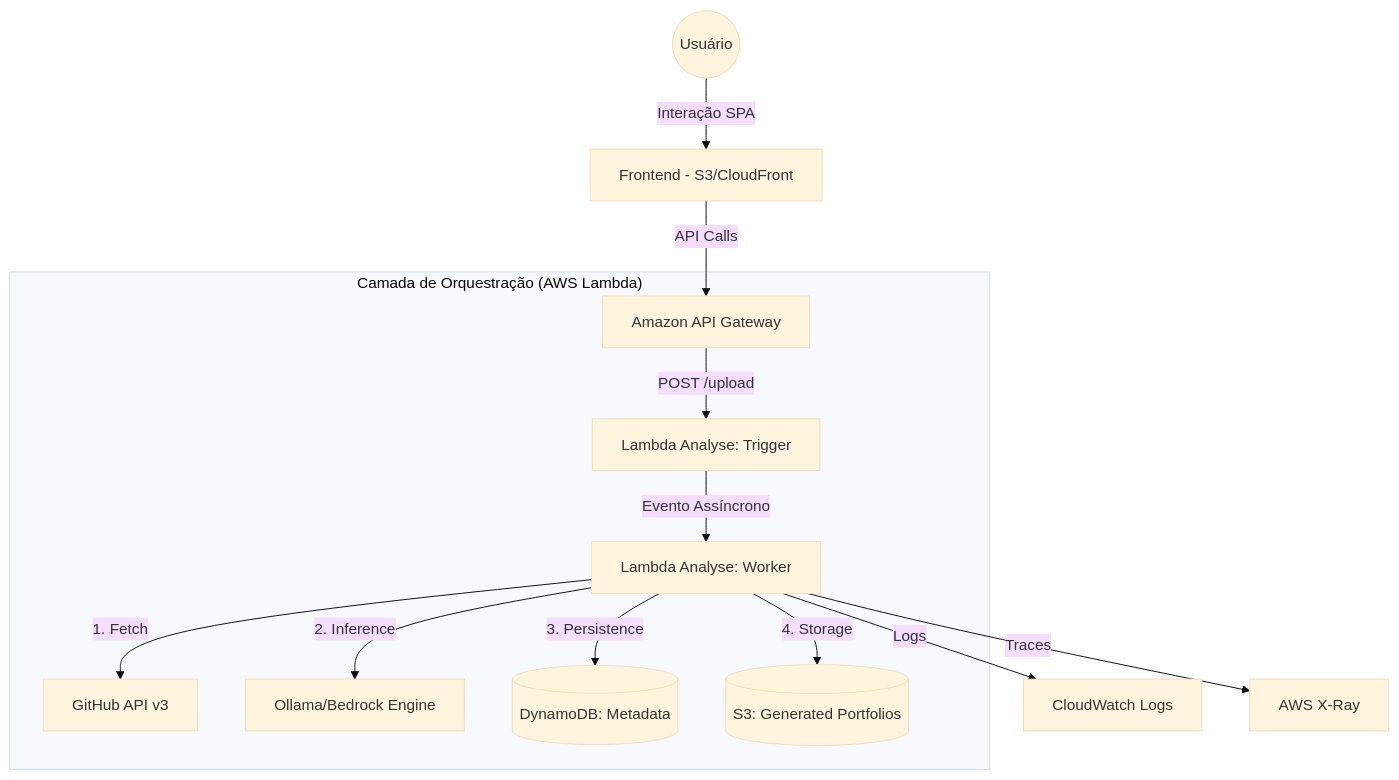
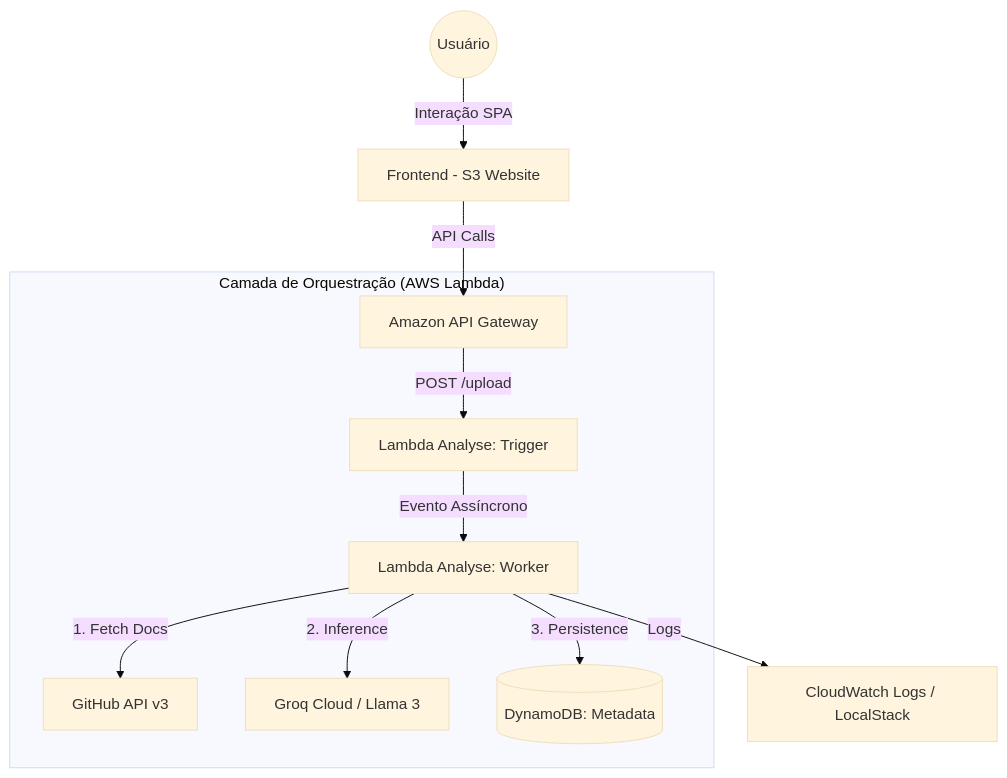
Before and after one commit to DessimA/genefic-cloudworks: the diagram in README.md, drawn with Mermaid (base theme). The commit also changed other lines of this file, not shown here.

First line of the commit message:
docs: update documentation to reflect Groq migration and DCA v2

````diff
--- a/README.md
+++ b/README.md
@@ -42,23 +41,21 @@
 ```mermaid
 graph TD
     %% Atores
-    User((Usuário)) -->|Interação SPA| WebUI[Frontend - S3/CloudFront]
+    User((Usuário)) -->|Interação SPA| WebUI[Frontend - S3 Website]
     
     %% Camada de API
     WebUI -->|API Calls| APIGW[Amazon API Gateway]
     
     subgraph "Camada de Orquestração (AWS Lambda)"
         APIGW -->|POST /upload| LambdaTrigger[Lambda Analyse: Trigger]
         LambdaTrigger -->|Evento Assíncrono| LambdaWorker[Lambda Analyse: Worker]
         
         %% Workflow do Worker
-        LambdaWorker -->|1. Fetch| GitHub[GitHub API v3]
-        LambdaWorker -->|2. Inference| AI[Ollama/Bedrock Engine]
+        LambdaWorker -->|1. Fetch Docs| GitHub[GitHub API v3]
+        LambdaWorker -->|2. Inference| AI[Groq Cloud / Llama 3]
         LambdaWorker -->|3. Persistence| DDB[(DynamoDB: Metadata)]
-        LambdaWorker -->|4. Storage| S3[(S3: Generated Portfolios)]
     end
 
     %% Detalhes de Redes e Observabilidade
-    LambdaWorker -->|Logs| CW[CloudWatch Logs]
-    LambdaWorker -->|Traces| XRay[AWS X-Ray]
+    LambdaWorker -->|Logs| CW[CloudWatch Logs / LocalStack]
 ```
````
